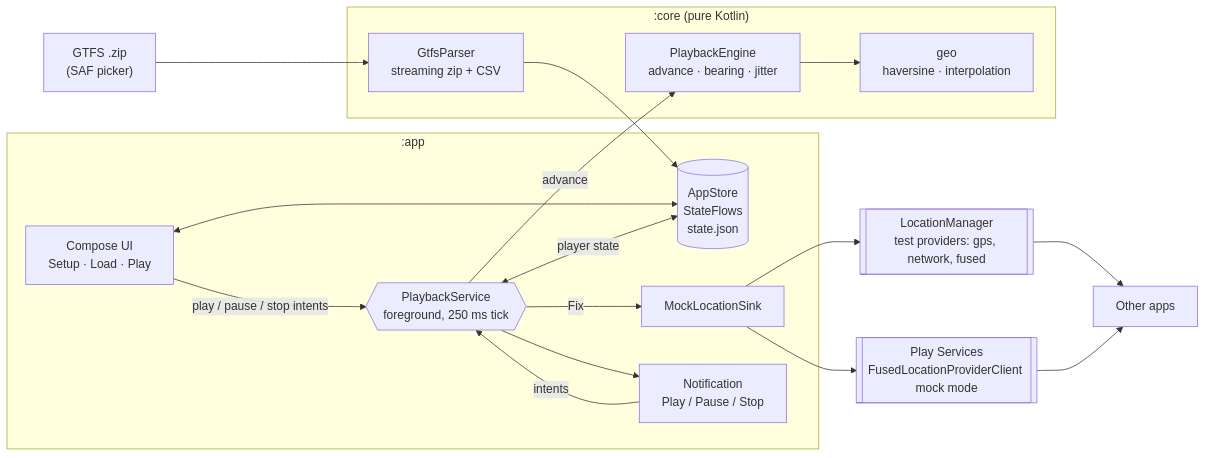
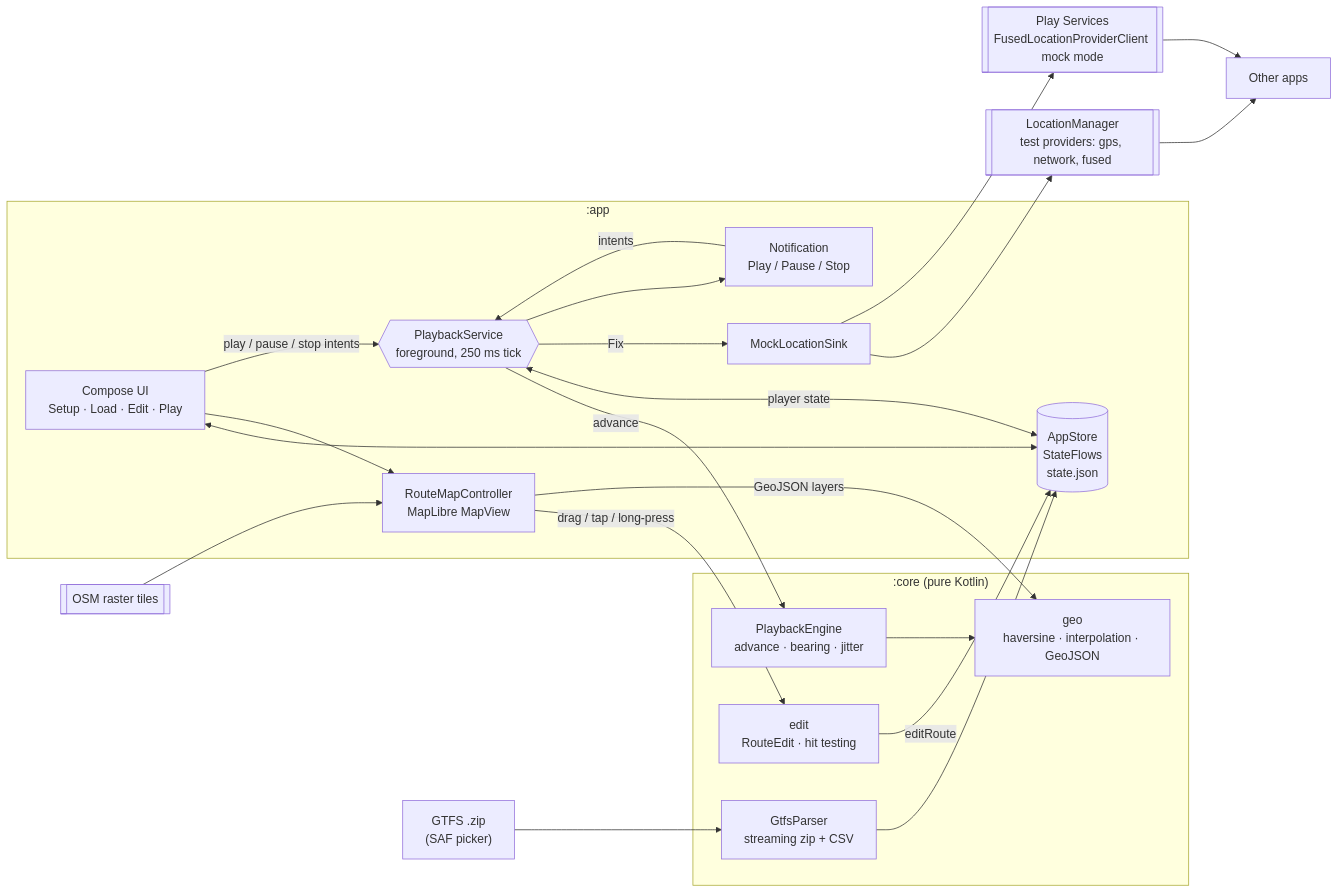
Before and after one commit to maxmini-dev/adb-gps-playback: the diagram in android/README.md, drawn with Mermaid. The commit also changed other lines of this file and 20 other files, not shown here.

````diff
--- a/android/README.md
+++ b/android/README.md
@@ -50,34 +61,41 @@
 ```mermaid
 flowchart LR
   Zip["GTFS .zip<br/>(SAF picker)"]
 
   subgraph core [":core (pure Kotlin)"]
     Parser["GtfsParser<br/>streaming zip + CSV"]
     Engine["PlaybackEngine<br/>advance · bearing · jitter"]
-    Geo["geo<br/>haversine · interpolation"]
+    Geo["geo<br/>haversine · interpolation · GeoJSON"]
+    Edits["edit<br/>RouteEdit · hit testing"]
   end
 
   subgraph app [":app"]
-    UI["Compose UI<br/>Setup · Load · Play"]
+    UI["Compose UI<br/>Setup · Load · Edit · Play"]
+    Map["RouteMapController<br/>MapLibre MapView"]
     Store[("AppStore<br/>StateFlows<br/>state.json")]
     Svc{{"PlaybackService<br/>foreground, 250 ms tick"}}
     Sink["MockLocationSink"]
     Notif["Notification<br/>Play / Pause / Stop"]
   end
 
   LM[["LocationManager<br/>test providers: gps, network, fused"]]
   FLP[["Play Services<br/>FusedLocationProviderClient mock mode"]]
   Apps["Other apps"]
 
   Zip --> Parser --> Store
   UI <--> Store
+  UI --> Map
+  Map -->|drag / tap / long-press| Edits
+  Edits -->|editRoute| Store
+  Map -->|GeoJSON layers| Geo
+  Tiles[["OSM raster tiles"]] --> Map
   UI -->|play / pause / stop intents| Svc
   Notif -->|intents| Svc
   Svc -->|advance| Engine
   Engine --> Geo
   Svc <-->|player state| Store
   Svc -->|Fix| Sink
   Sink --> LM --> Apps
   Sink --> FLP --> Apps
   Svc --> Notif
 ```
````
